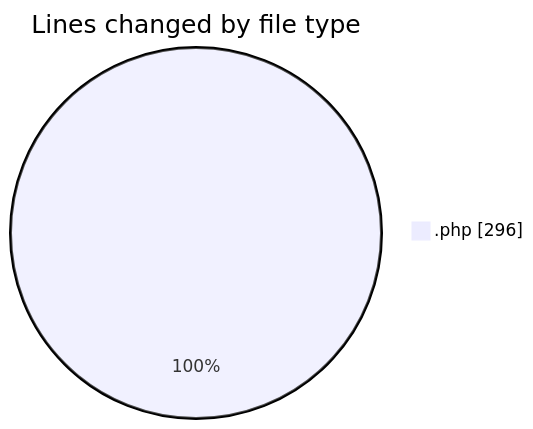
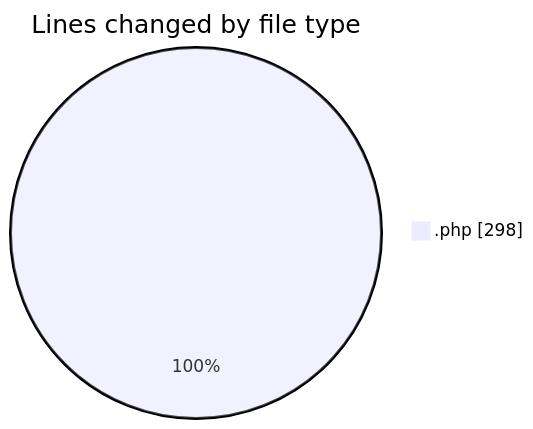
One commit to LanceThiago/code-tracking changed the first of 2 diagrams in 2025-01-06/totem/README.md. Above: the diagram before and after it, drawn with Mermaid. The commit also changed other lines of this file and 1 other file, not shown here.

````diff
--- a/2025-01-06/totem/README.md
+++ b/2025-01-06/totem/README.md
@@ -22,5 +22,5 @@
 ```mermaid
 pie showData
 title Lines changed by file type
-".php" : 296
+".php" : 298
 ```
````
